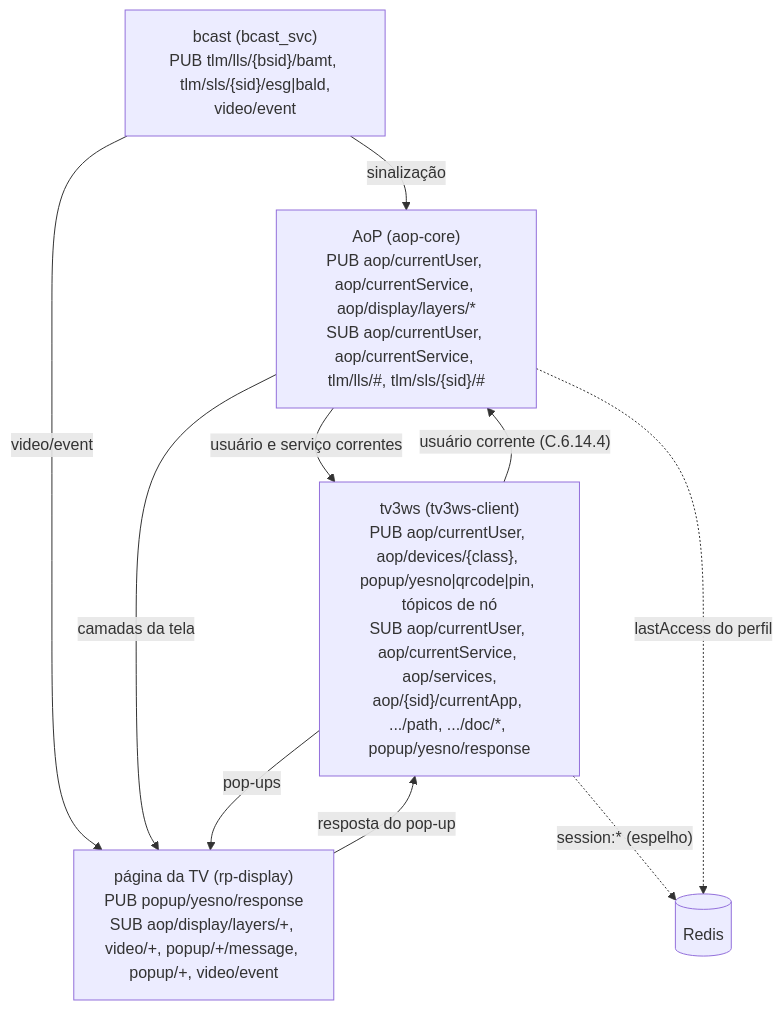
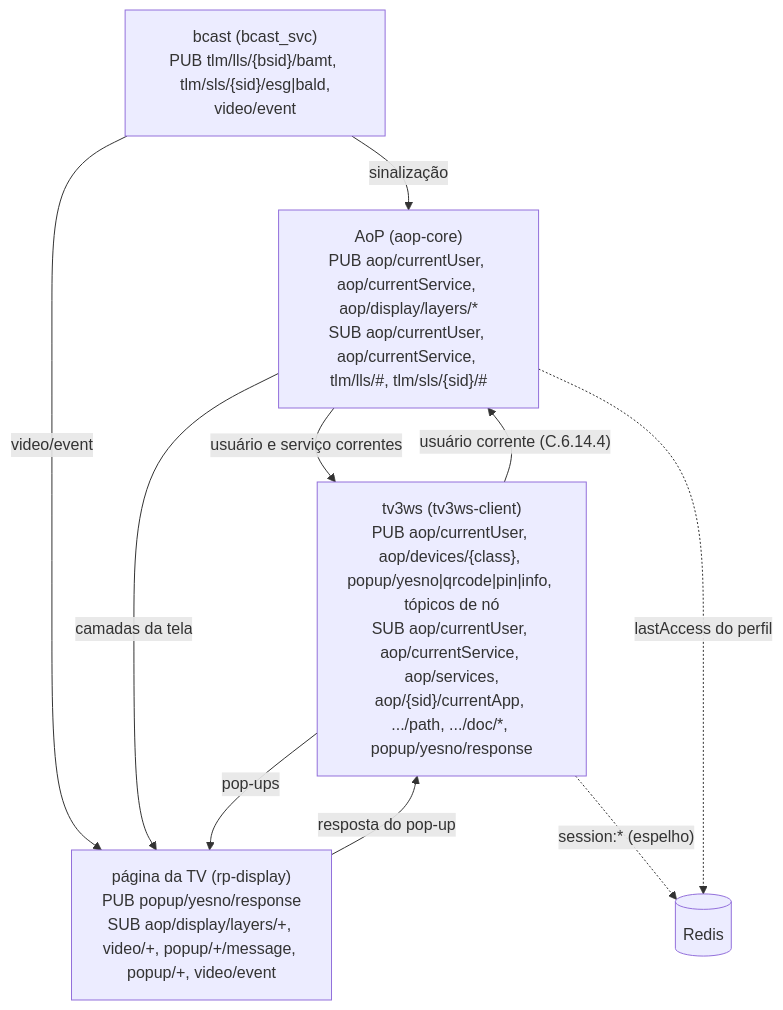
One commit to multisens/Infra changed the diagram in docs/08-mqtt-map.md. Above: the diagram before and after it, drawn with Mermaid. The commit also changed other lines of this file and 12 other files, not shown here.

````diff
--- a/docs/08-mqtt-map.md
+++ b/docs/08-mqtt-map.md
@@ -173,18 +175,18 @@
 ```mermaid
 graph TD
     BC["bcast (bcast_svc)<br/>PUB tlm/lls/{bsid}/bamt, tlm/sls/{sid}/esg|bald,<br/>video/event"]
     AOP["AoP (aop-core)<br/>PUB aop/currentUser, aop/currentService, aop/display/layers/*<br/>SUB aop/currentUser, aop/currentService, tlm/lls/#, tlm/sls/{sid}/#"]
-    TV3["tv3ws (tv3ws-client)<br/>PUB aop/currentUser, aop/devices/{class}, popup/yesno|qrcode|pin, tópicos de nó<br/>SUB aop/currentUser, aop/currentService, aop/services,<br/>aop/{sid}/currentApp, .../path, .../doc/*, popup/yesno/response"]
+    TV3["tv3ws (tv3ws-client)<br/>PUB aop/currentUser, aop/devices/{class}, popup/yesno|qrcode|pin|info, tópicos de nó<br/>SUB aop/currentUser, aop/currentService, aop/services,<br/>aop/{sid}/currentApp, .../path, .../doc/*, popup/yesno/response"]
     PG["página da TV (rp-display)<br/>PUB popup/yesno/response<br/>SUB aop/display/layers/+, video/+, popup/+/message, popup/+, video/event"]
     RE[("Redis")]
 
     BC -->|"sinalização"| AOP
     BC -->|"video/event"| PG
     AOP -->|"usuário e serviço correntes"| TV3
     TV3 -->|"usuário corrente (C.6.14.4)"| AOP
     AOP -->|"camadas da tela"| PG
     TV3 -->|"pop-ups"| PG
     PG -->|"resposta do pop-up"| TV3
     TV3 -.->|"session:* (espelho)"| RE
     AOP -.->|"lastAccess do perfil"| RE
 ```
````
